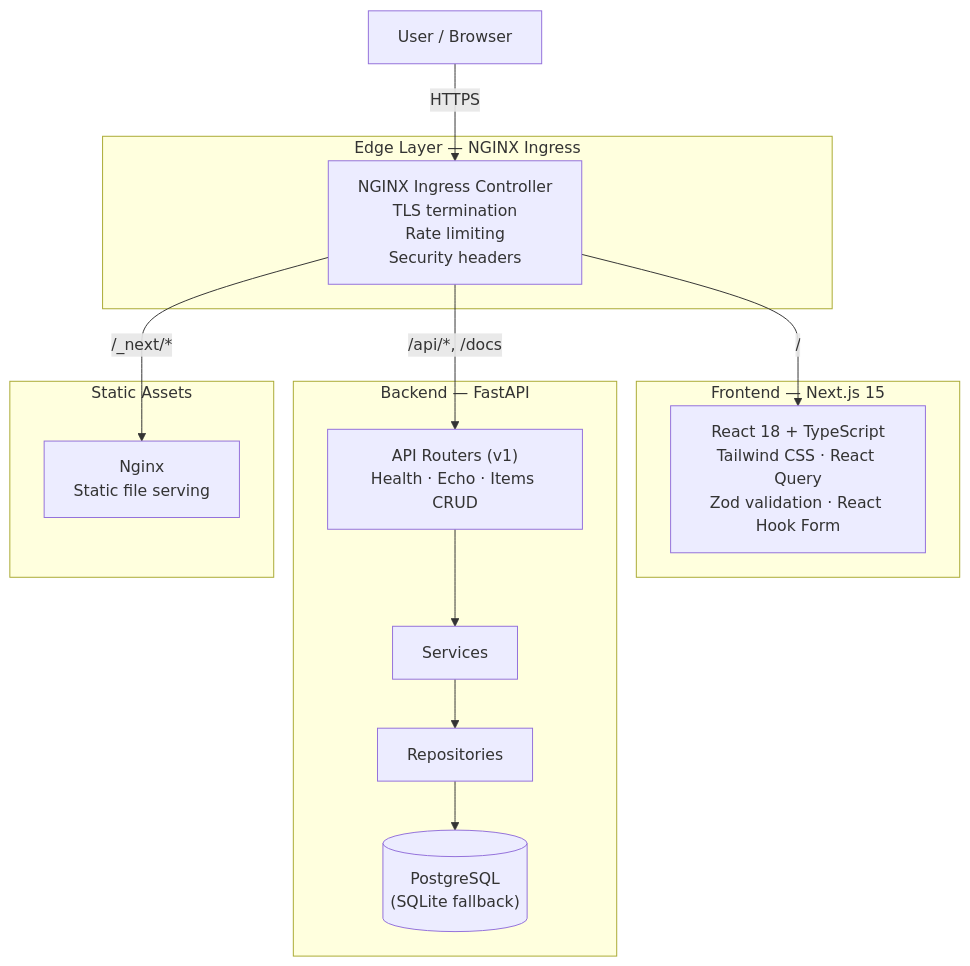
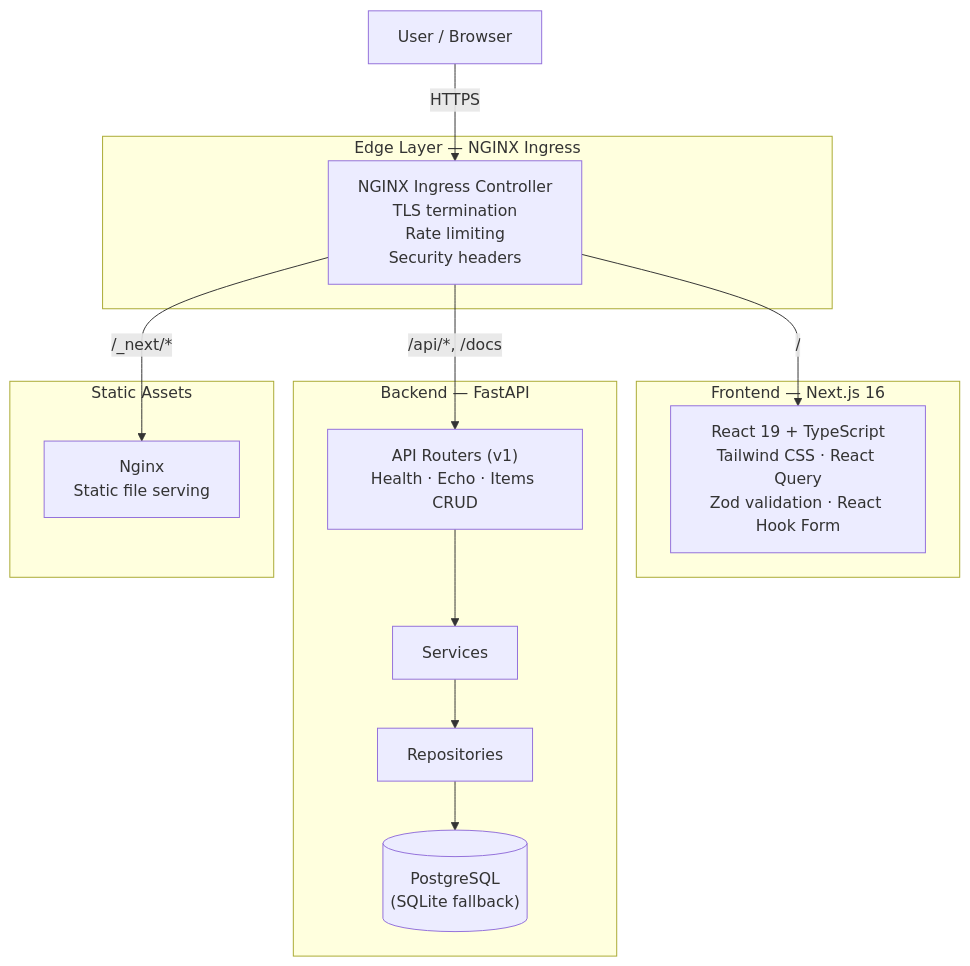
The diagram in wiki/README.md (berserkhmdvhb/fullstack_template), drawn with Mermaid before and after one commit. The commit also changed other lines of this file and 28 other files, not shown here.

First line of the commit message:
feat(frontend): move to Next.js 16 and React 19; middleware.ts becomes proxy.ts

````diff
--- a/wiki/README.md
+++ b/wiki/README.md
@@ -24,29 +24,29 @@
 ```mermaid
 flowchart TB
     User["User / Browser"]
 
     subgraph Edge["Edge Layer — NGINX Ingress"]
         IC["NGINX Ingress Controller<br/>TLS termination<br/>Rate limiting<br/>Security headers"]
     end
 
-    subgraph Frontend["Frontend — Next.js 15"]
-        FE["React 18 + TypeScript<br/>Tailwind CSS · React Query<br/>Zod validation · React Hook Form"]
+    subgraph Frontend["Frontend — Next.js 16"]
+        FE["React 19 + TypeScript<br/>Tailwind CSS · React Query<br/>Zod validation · React Hook Form"]
     end
 
     subgraph Backend["Backend — FastAPI"]
         API["API Routers (v1)<br/>Health · Echo · Items CRUD"]
         SVC["Services"]
         REPO["Repositories"]
         DB[("PostgreSQL<br/>(SQLite fallback)")]
     end
 
     subgraph Static["Static Assets"]
         NGINX["Nginx<br/>Static file serving"]
     end
 
     User -->|"HTTPS"| IC
     IC -->|"/"| FE
     IC -->|"/api/*, /docs"| API
     IC -->|"/_next/*"| NGINX
     API --> SVC --> REPO --> DB
 ```
````
